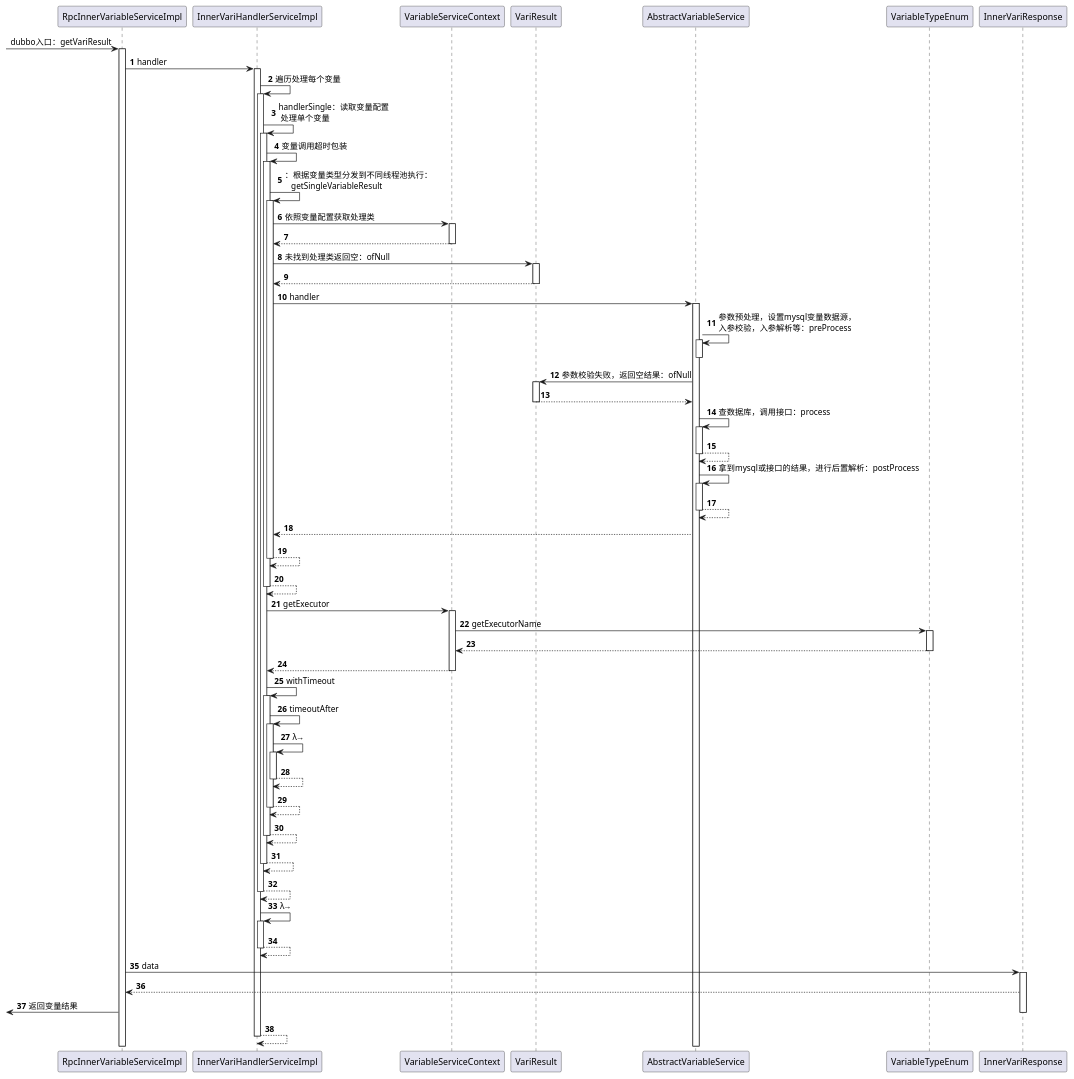
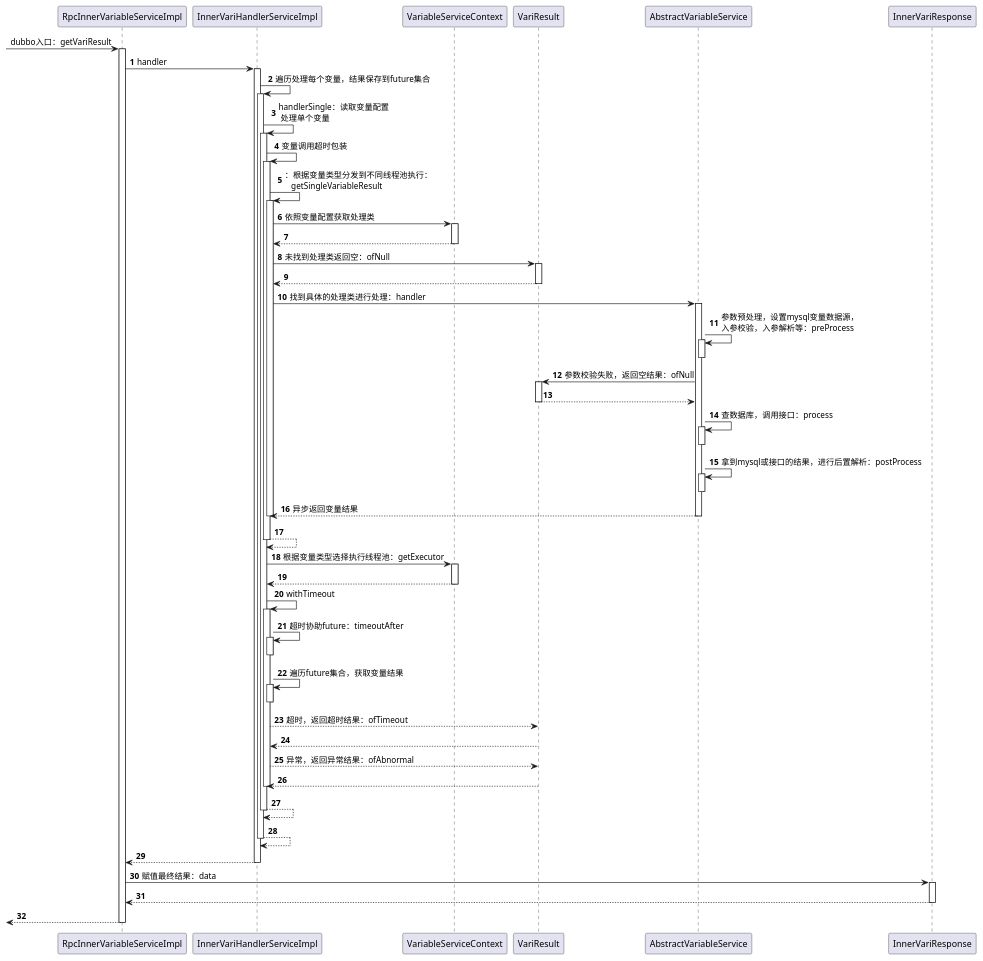
Before and after one commit to beareserve/plantuml: the diagram in file/sequence/二方时序图.puml, drawn with PlantUML. The commit also changed 1 other file, not shown here.

```diff
--- a/file/sequence/二方时序图.puml
+++ b/file/sequence/二方时序图.puml
@@ -1,83 +1,75 @@
 @startuml
 skinparam responseMessageBelowArrow true
 hide unlinked
 participant "RpcInnerVariableServiceImpl" as 入口
 
 [->入口 : dubbo入口：getVariResult
 autonumber
 activate 入口
 入口 -> InnerVariHandlerServiceImpl : handler
 activate InnerVariHandlerServiceImpl
-InnerVariHandlerServiceImpl -> InnerVariHandlerServiceImpl : 遍历处理每个变量
+InnerVariHandlerServiceImpl -> InnerVariHandlerServiceImpl : 遍历处理每个变量，结果保存到future集合
 activate InnerVariHandlerServiceImpl
 InnerVariHandlerServiceImpl -> InnerVariHandlerServiceImpl : handlerSingle：读取变量配置\n 处理单个变量
 activate InnerVariHandlerServiceImpl
 InnerVariHandlerServiceImpl -> InnerVariHandlerServiceImpl : 变量调用超时包装
 activate InnerVariHandlerServiceImpl
 InnerVariHandlerServiceImpl -> InnerVariHandlerServiceImpl : ：根据变量类型分发到不同线程池执行：\n   getSingleVariableResult
 activate InnerVariHandlerServiceImpl
 InnerVariHandlerServiceImpl -> VariableServiceContext : 依照变量配置获取处理类
 activate VariableServiceContext
 VariableServiceContext --> InnerVariHandlerServiceImpl
 deactivate VariableServiceContext
 InnerVariHandlerServiceImpl -> VariResult : 未找到处理类返回空：ofNull
 activate VariResult
 VariResult --> InnerVariHandlerServiceImpl
 deactivate VariResult
-InnerVariHandlerServiceImpl ->  AbstractVariableService : handler
+InnerVariHandlerServiceImpl ->  AbstractVariableService : 找到具体的处理类进行处理：handler
 activate AbstractVariableService
 AbstractVariableService -> AbstractVariableService : 参数预处理，设置mysql变量数据源，\n入参校验，入参解析等：preProcess
 activate AbstractVariableService
 deactivate AbstractVariableService
 AbstractVariableService -> VariResult : 参数校验失败，返回空结果：ofNull
 activate VariResult
 VariResult --> AbstractVariableService
 deactivate VariResult
 AbstractVariableService -> AbstractVariableService : 查数据库，调用接口：process
 activate AbstractVariableService
-AbstractVariableService --> AbstractVariableService
 deactivate AbstractVariableService
 AbstractVariableService -> AbstractVariableService : 拿到mysql或接口的结果，进行后置解析：postProcess
 activate AbstractVariableService
-AbstractVariableService --> AbstractVariableService
 deactivate AbstractVariableService
-AbstractVariableService --> InnerVariHandlerServiceImpl
-InnerVariHandlerServiceImpl --> InnerVariHandlerServiceImpl
+AbstractVariableService --> InnerVariHandlerServiceImpl: 异步返回变量结果
+deactivate AbstractVariableService
 deactivate InnerVariHandlerServiceImpl
 InnerVariHandlerServiceImpl --> InnerVariHandlerServiceImpl
 deactivate InnerVariHandlerServiceImpl
-InnerVariHandlerServiceImpl -> VariableServiceContext : getExecutor
+InnerVariHandlerServiceImpl -> VariableServiceContext : 根据变量类型选择执行线程池：getExecutor
 activate VariableServiceContext
-VariableServiceContext -> VariableTypeEnum : getExecutorName
-activate VariableTypeEnum
-VariableTypeEnum --> VariableServiceContext
-deactivate VariableTypeEnum
 VariableServiceContext --> InnerVariHandlerServiceImpl
 deactivate VariableServiceContext
 InnerVariHandlerServiceImpl -> InnerVariHandlerServiceImpl : withTimeout
 activate InnerVariHandlerServiceImpl
-InnerVariHandlerServiceImpl -> InnerVariHandlerServiceImpl : timeoutAfter
+InnerVariHandlerServiceImpl -> InnerVariHandlerServiceImpl : 超时协助future：timeoutAfter
 activate InnerVariHandlerServiceImpl
-InnerVariHandlerServiceImpl -> InnerVariHandlerServiceImpl : λ→
+deactivate InnerVariHandlerServiceImpl
+InnerVariHandlerServiceImpl -> InnerVariHandlerServiceImpl : 遍历future集合，获取变量结果
 activate InnerVariHandlerServiceImpl
-InnerVariHandlerServiceImpl --> InnerVariHandlerServiceImpl
+deactivate InnerVariHandlerServiceImpl
+InnerVariHandlerServiceImpl --> VariResult: 超时，返回超时结果：ofTimeout
+VariResult --> InnerVariHandlerServiceImpl
+InnerVariHandlerServiceImpl --> VariResult: 异常，返回异常结果：ofAbnormal
+VariResult --> InnerVariHandlerServiceImpl
 deactivate InnerVariHandlerServiceImpl
 InnerVariHandlerServiceImpl --> InnerVariHandlerServiceImpl
 deactivate InnerVariHandlerServiceImpl
 InnerVariHandlerServiceImpl --> InnerVariHandlerServiceImpl
 deactivate InnerVariHandlerServiceImpl
-InnerVariHandlerServiceImpl --> InnerVariHandlerServiceImpl
+InnerVariHandlerServiceImpl --> 入口
 deactivate InnerVariHandlerServiceImpl
-InnerVariHandlerServiceImpl --> InnerVariHandlerServiceImpl
-deactivate InnerVariHandlerServiceImpl
-InnerVariHandlerServiceImpl -> InnerVariHandlerServiceImpl : λ→
-activate InnerVariHandlerServiceImpl
-InnerVariHandlerServiceImpl --> InnerVariHandlerServiceImpl
-deactivate InnerVariHandlerServiceImpl
-入口 -> InnerVariResponse : data
+入口 -> InnerVariResponse : 赋值最终结果：data
 activate InnerVariResponse
 InnerVariResponse --> 入口
-入口 ->[:返回变量结果
 deactivate InnerVariResponse
 return
 @enduml
```
